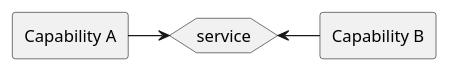
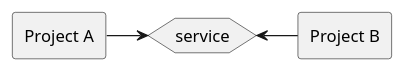
The ninth of 15 diagrams in BuildingMicroservices2nd/01.adoc (grierson/books), drawn with PlantUML before and after one commit. The commit also changed other lines of this file, not shown here.

```diff
--- a/BuildingMicroservices2nd/01.adoc
+++ b/BuildingMicroservices2nd/01.adoc
@@ -57,11 +183,11 @@
 [plantuml]
 ----
 @startuml
-rectangle A as "Capability A"
-rectangle B as "Capability B"
+rectangle A as "Project A"
+rectangle B as "Project B"
 hexagon service
 
-A -> service
-service <- B
+A -R-> service
+service <-R- B
 @enduml
 ----
```
